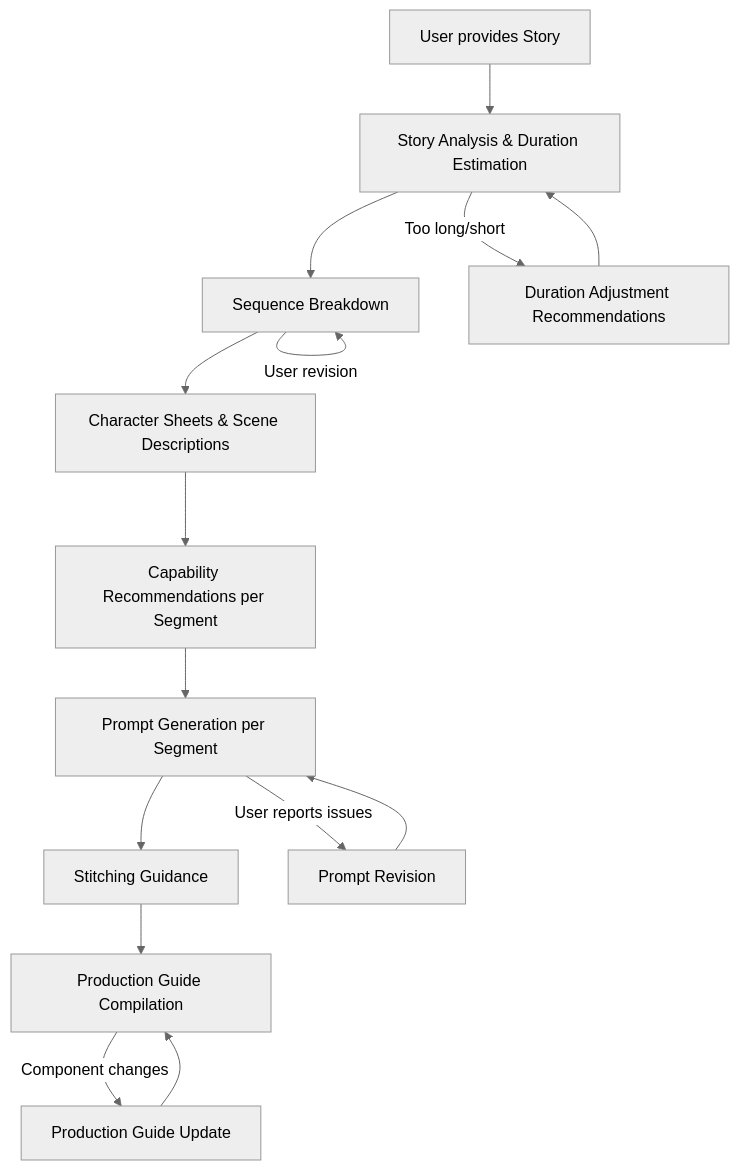
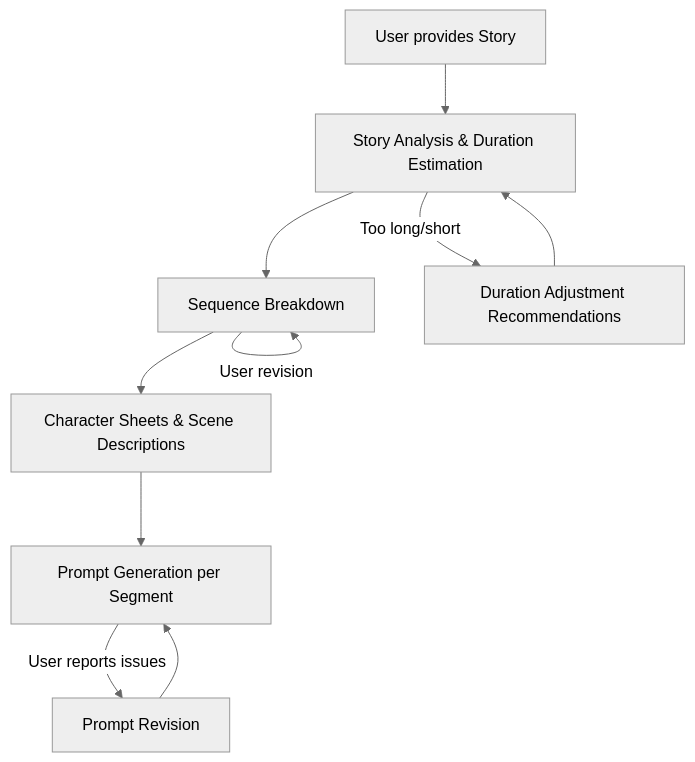
The diagram in Google-Flow/.kiro/specs/google-flow-video-agent/design.md (kr-neerav/MyAgents), drawn with Mermaid (neutral theme) before and after one commit. The commit also changed other lines of this file and 1 other file, not shown here.

Commit message:
refactor(google-flow): Streamline spec requirements and design docs

````diff
--- a/Google-Flow/.kiro/specs/google-flow-video-agent/design.md
+++ b/Google-Flow/.kiro/specs/google-flow-video-agent/design.md
@@ -17,18 +17,13 @@
 ```mermaid
 flowchart TD
     A[User provides Story] --> B[Story Analysis & Duration Estimation]
     B --> C[Sequence Breakdown]
     C --> D[Character Sheets & Scene Descriptions]
-    D --> E[Capability Recommendations per Segment]
-    E --> F[Prompt Generation per Segment]
-    F --> G[Stitching Guidance]
-    G --> H[Production Guide Compilation]
+    D --> F[Prompt Generation per Segment]
     
     B -->|Too long/short| B1[Duration Adjustment Recommendations]
     B1 --> B
     C -->|User revision| C
     F -->|User reports issues| F1[Prompt Revision]
     F1 --> F
-    H -->|Component changes| H1[Production Guide Update]
-    H1 --> H
 ```
````
